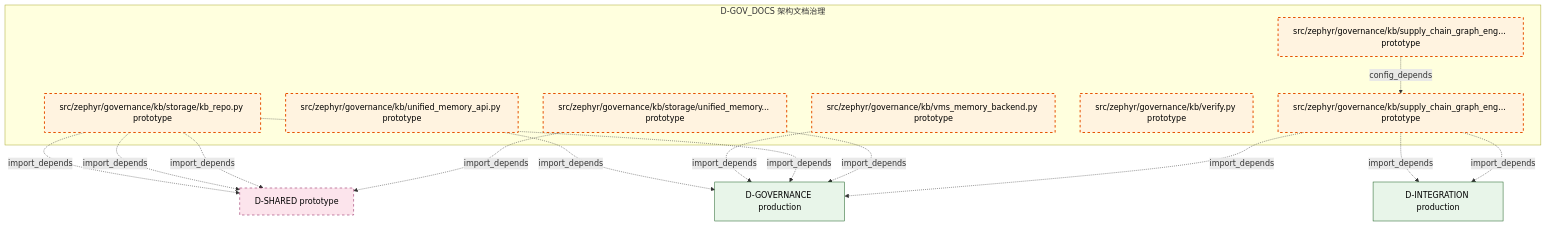
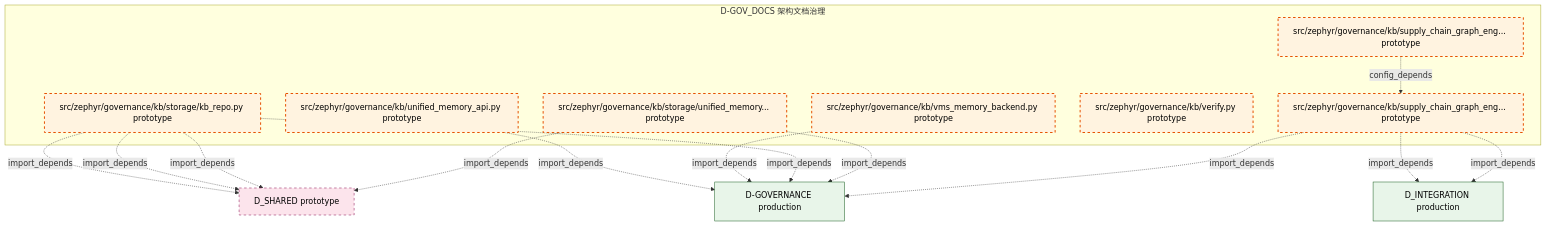
One commit to xuanFelixVan/ZephyrAlpha changed the fifth of 5 diagrams in docs/02_enterprise_architecture/02_domain_architecture_docs/35_d_gov_docs.md. Above: the diagram before and after it, drawn with Mermaid. The commit also changed other lines of this file and 1359 other files, not shown here.

````diff
--- a/docs/02_enterprise_architecture/02_domain_architecture_docs/35_d_gov_docs.md
+++ b/docs/02_enterprise_architecture/02_domain_architecture_docs/35_d_gov_docs.md
@@ -274,34 +274,34 @@
 ```mermaid
 graph TD
     subgraph D_GOV_DOCS["D-GOV_DOCS 架构文档治理"]
         src_zephyr_governance_kb_storage_kb_repo_py["src/zephyr/governance/kb/storage/kb_repo.py prototype"]
         src_zephyr_governance_kb_storage_unified_memory_api_py["src/zephyr/governance/kb/storage/unified_memory... prototype"]
         src_zephyr_governance_kb_supply_chain_graph_engine_init_py["src/zephyr/governance/kb/supply_chain_graph_eng... prototype"]
         src_zephyr_governance_kb_supply_chain_graph_engine_graph_validator_py["src/zephyr/governance/kb/supply_chain_graph_eng... prototype"]
         src_zephyr_governance_kb_unified_memory_api_py["src/zephyr/governance/kb/unified_memory_api.py prototype"]
         src_zephyr_governance_kb_verify_py["src/zephyr/governance/kb/verify.py prototype"]
         src_zephyr_governance_kb_vms_memory_backend_py["src/zephyr/governance/kb/vms_memory_backend.py prototype"]
     end
     src_zephyr_governance_kb_supply_chain_graph_engine_init_py -.->|config_depends| src_zephyr_governance_kb_supply_chain_graph_engine_graph_validator_py
     D_GOVERNANCE["D-GOVERNANCE production"]
     src_zephyr_governance_kb_unified_memory_api_py -.->|import_depends| D_GOVERNANCE
     src_zephyr_governance_kb_vms_memory_backend_py -.->|import_depends| D_GOVERNANCE
-    D_SHARED["D-SHARED prototype"]
+    D_SHARED["D_SHARED prototype"]
     src_zephyr_governance_kb_storage_kb_repo_py -.->|import_depends| D_SHARED
     src_zephyr_governance_kb_storage_kb_repo_py -.->|import_depends| D_SHARED
     src_zephyr_governance_kb_storage_kb_repo_py -.->|import_depends| D_SHARED
     src_zephyr_governance_kb_storage_kb_repo_py -.->|import_depends| D_GOVERNANCE
     src_zephyr_governance_kb_storage_unified_memory_api_py -.->|import_depends| D_GOVERNANCE
     src_zephyr_governance_kb_storage_unified_memory_api_py -.->|import_depends| D_SHARED
-    D_INTEGRATION["D-INTEGRATION production"]
+    D_INTEGRATION["D_INTEGRATION production"]
     src_zephyr_governance_kb_supply_chain_graph_engine_graph_validator_py -.->|import_depends| D_INTEGRATION
     src_zephyr_governance_kb_supply_chain_graph_engine_graph_validator_py -.->|import_depends| D_INTEGRATION
     src_zephyr_governance_kb_supply_chain_graph_engine_graph_validator_py -.->|import_depends| D_GOVERNANCE
     classDef production fill:#e1f5fe,stroke:#01579b,stroke-width:2px,color:#000
     classDef design fill:#fff3e0,stroke:#e65100,stroke-width:2px,color:#000,stroke-dasharray: 5 5
     classDef external_prod fill:#e8f5e9,stroke:#1b5e20,stroke-width:1px,color:#000
     classDef external_design fill:#fce4ec,stroke:#880e4f,stroke-width:1px,color:#000,stroke-dasharray: 5 5
     class src_zephyr_governance_kb_storage_kb_repo_py,src_zephyr_governance_kb_storage_unified_memory_api_py,src_zephyr_governance_kb_supply_chain_graph_engine_init_py,src_zephyr_governance_kb_supply_chain_graph_engine_graph_validator_py,src_zephyr_governance_kb_unified_memory_api_py,src_zephyr_governance_kb_verify_py,src_zephyr_governance_kb_vms_memory_backend_py design
     class D_GOVERNANCE,D_INTEGRATION external_prod
     class D_SHARED external_design
 ```
````
